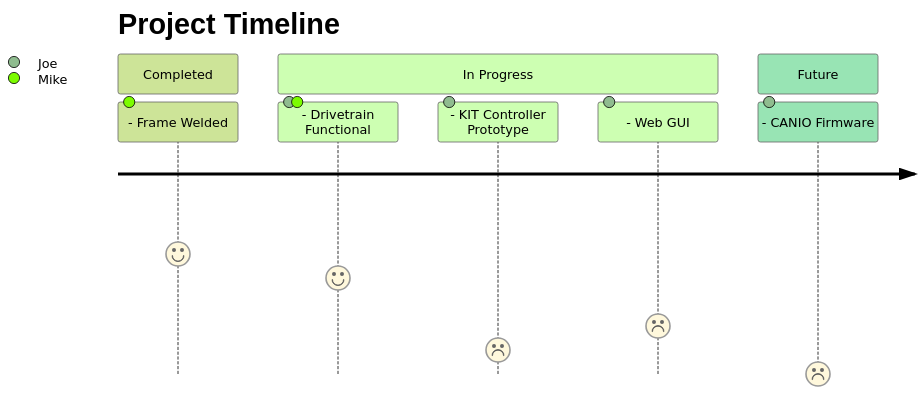
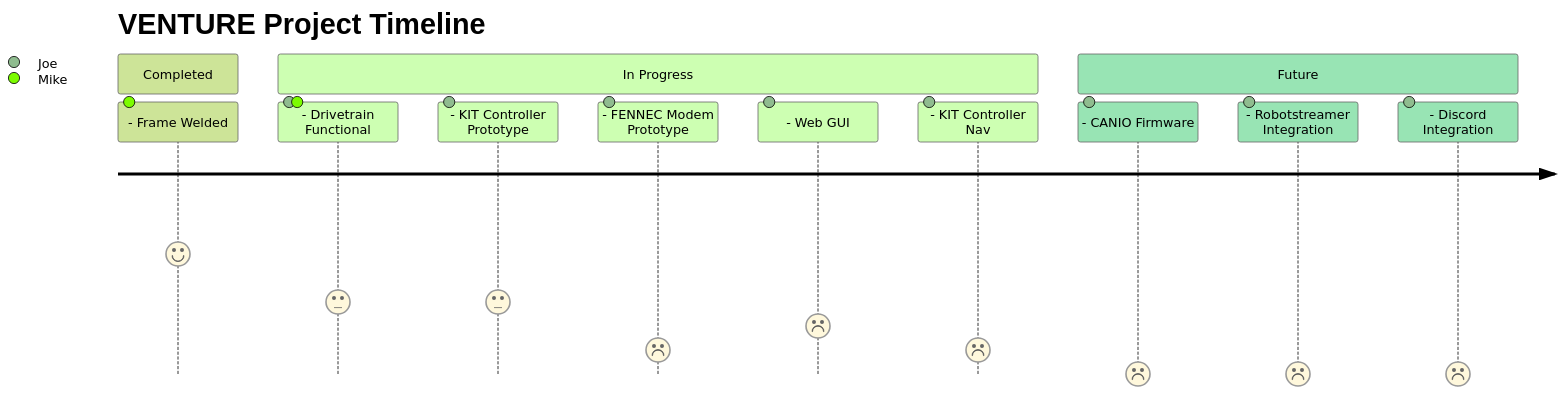
Before and after one commit to Kitsune-Robotics/VENTURE-1: the diagram in README.md, drawn with Mermaid (forest theme).

Commit message:
make timeline more verbose

````diff
--- a/README.md
+++ b/README.md
@@ -8,16 +8,20 @@
 ```mermaid
 journey
-    title Project Timeline
+    title VENTURE Project Timeline
 
     section Completed
         - Frame Welded : 5 : Mike
 
     section In Progress
-        - Drivetrain Functional : 4 : Joe, Mike
-        - KIT Controller Prototype : 1 : Joe
+        - Drivetrain Functional : 3 : Joe, Mike
+        - KIT Controller Prototype : 3 : Joe
+        - FENNEC Modem Prototype : 1 : Joe
         - Web GUI : 2 : Joe
+        - KIT Controller Nav : 1 : Joe
 
     section Future
         - CANIO Firmware : 0 : Joe
+        - Robotstreamer Integration : 0 : Joe
+        - Discord Integration : 0 : Joe
 
 ```
````
